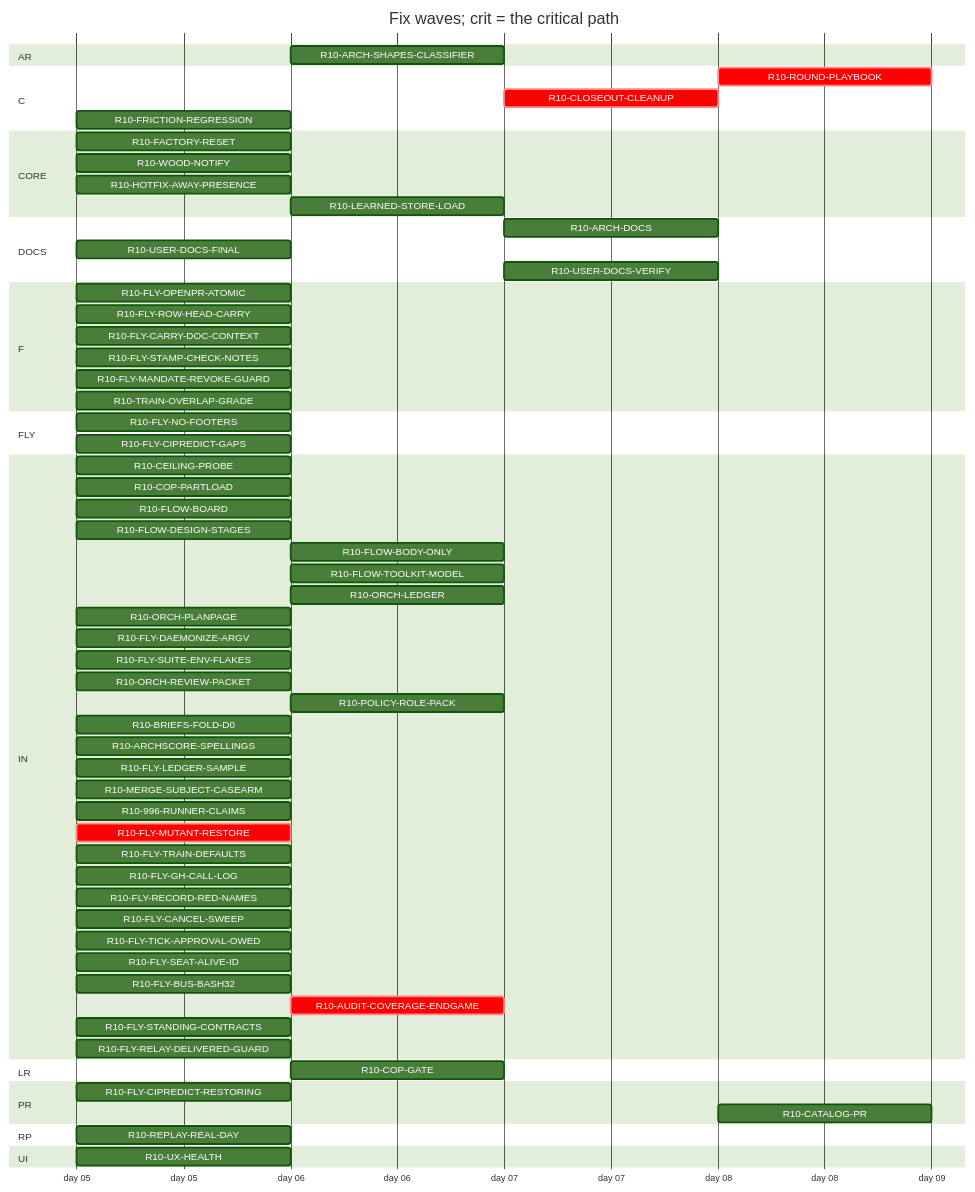
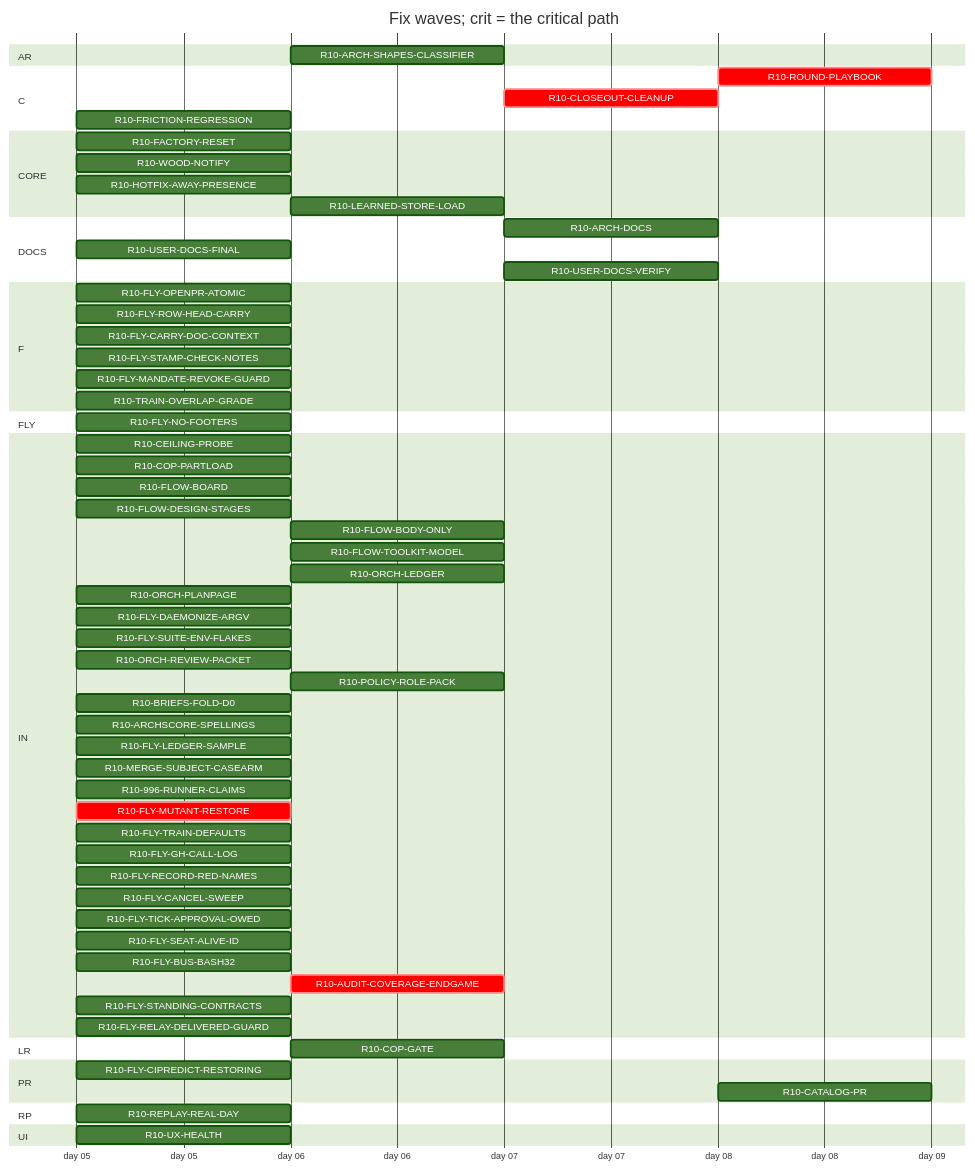
The diagram in handoff/round10/state/PLAN-TABLE.md (tvofi/heatpump_optimizer), drawn with Mermaid (forest theme) before and after one commit. The commit also changed other lines of this file and 3 other files, not shown here.

Commit message:
state: FLOW-BOARD.md, NEXT-SESSION-PROMPT.md, PLAN-TABLE.md, RESUME-CURRENT.md regenerated (state_docs.py)

````diff
--- a/handoff/round10/state/PLAN-TABLE.md
+++ b/handoff/round10/state/PLAN-TABLE.md
@@ -24,69 +24,68 @@
 ```mermaid
 gantt
   title Fix waves; crit = the critical path
   dateFormat YYYY-MM-DD
   axisFormat day %d
   section AR
     R10-ARCH-SHAPES-CLASSIFIER :r10ARCHSHAPESCLASSIFIER, after r10996RUNNERCLAIMS, 1d
   section C
     R10-ROUND-PLAYBOOK :crit, r10ROUNDPLAYBOOK, after r10ORCHLEDGER r10ORCHPLANPAGE r10FLOWBODYONLY r10AUDITCOVERAGEENDGAME r10FLOWDESIGNSTAGES r10FLOWTOOLKITMODEL r10TRAINOVERLAPGRADE r10FLYTRAINDEFAULTS r10FLYCANCELSWEEP r10POLICYROLEPACK r10ORCHREVIEWPACKET r10FLOWBOARD r10CLOSEOUTCLEANUP, 1d
     R10-CLOSEOUT-CLEANUP :crit, r10CLOSEOUTCLEANUP, after r10AUDITCOVERAGEENDGAME, 1d
     R10-FRICTION-REGRESSION :r10FRICTIONREGRESSION, 2026-01-05, 1d
   section CORE
     R10-FACTORY-RESET :r10FACTORYRESET, 2026-01-05, 1d
     R10-WOOD-NOTIFY :r10WOODNOTIFY, 2026-01-05, 1d
     R10-HOTFIX-AWAY-PRESENCE :r10HOTFIXAWAYPRESENCE, 2026-01-05, 1d
     R10-LEARNED-STORE-LOAD :r10LEARNEDSTORELOAD, after r10FACTORYRESET, 1d
   section DOCS
     R10-ARCH-DOCS :r10ARCHDOCS, after r10COPGATE r10UXHEALTH r10CEILINGPROBE r10COPPARTLOAD r10FLOWBOARD r10FLOWDESIGNSTAGES r10FLOWBODYONLY r10FLYOPENPRATOMIC r10FLYROWHEADCARRY r10FLYCARRYDOCCONTEXT r10FLOWTOOLKITMODEL r10FLYSTAMPCHECKNOTES r10FLYMANDATEREVOKEGUARD r10TRAINOVERLAPGRADE r10FLYSUITEENVFLAKES r10ORCHLEDGER r10ORCHPLANPAGE r10FLYDAEMONIZEARGV r10ORCHREVIEWPACKET r10POLICYROLEPACK r10BRIEFSFOLDD0 r10REPLAYREALDAY r10ARCHSCORESPELLINGS r10FLYLEDGERSAMPLE, 1d
     R10-USER-DOCS-FINAL :r10USERDOCSFINAL, 2026-01-05, 1d
     R10-USER-DOCS-VERIFY :r10USERDOCSVERIFY, after r10COPGATE r10UXHEALTH r10CEILINGPROBE r10COPPARTLOAD r10FACTORYRESET r10WOODNOTIFY r10USERDOCSFINAL r10ARCHSHAPESCLASSIFIER r10HOTFIXAWAYPRESENCE, 1d
   section F
     R10-FLY-OPENPR-ATOMIC :r10FLYOPENPRATOMIC, 2026-01-05, 1d
     R10-FLY-ROW-HEAD-CARRY :r10FLYROWHEADCARRY, 2026-01-05, 1d
     R10-FLY-CARRY-DOC-CONTEXT :r10FLYCARRYDOCCONTEXT, 2026-01-05, 1d
     R10-FLY-STAMP-CHECK-NOTES :r10FLYSTAMPCHECKNOTES, 2026-01-05, 1d
     R10-FLY-MANDATE-REVOKE-GUARD :r10FLYMANDATEREVOKEGUARD, 2026-01-05, 1d
     R10-TRAIN-OVERLAP-GRADE :r10TRAINOVERLAPGRADE, 2026-01-05, 1d
   section FLY
     R10-FLY-NO-FOOTERS :r10FLYNOFOOTERS, 2026-01-05, 1d
-    R10-FLY-CIPREDICT-GAPS :r10FLYCIPREDICTGAPS, 2026-01-05, 1d
   section IN
     R10-CEILING-PROBE :r10CEILINGPROBE, 2026-01-05, 1d
     R10-COP-PARTLOAD :r10COPPARTLOAD, 2026-01-05, 1d
     R10-FLOW-BOARD :r10FLOWBOARD, 2026-01-05, 1d
     R10-FLOW-DESIGN-STAGES :r10FLOWDESIGNSTAGES, 2026-01-05, 1d
     R10-FLOW-BODY-ONLY :r10FLOWBODYONLY, after r10FLYOPENPRATOMIC, 1d
     R10-FLOW-TOOLKIT-MODEL :r10FLOWTOOLKITMODEL, after r10ORCHPLANPAGE r10FLYCANCELSWEEP, 1d
     R10-ORCH-LEDGER :r10ORCHLEDGER, after r10FLYCANCELSWEEP, 1d
     R10-ORCH-PLANPAGE :r10ORCHPLANPAGE, 2026-01-05, 1d
     R10-FLY-DAEMONIZE-ARGV :r10FLYDAEMONIZEARGV, 2026-01-05, 1d
     R10-FLY-SUITE-ENV-FLAKES :r10FLYSUITEENVFLAKES, 2026-01-05, 1d
     R10-ORCH-REVIEW-PACKET :r10ORCHREVIEWPACKET, 2026-01-05, 1d
     R10-POLICY-ROLE-PACK :r10POLICYROLEPACK, after r10FLOWDESIGNSTAGES, 1d
     R10-BRIEFS-FOLD-D0 :r10BRIEFSFOLDD0, 2026-01-05, 1d
     R10-ARCHSCORE-SPELLINGS :r10ARCHSCORESPELLINGS, 2026-01-05, 1d
     R10-FLY-LEDGER-SAMPLE :r10FLYLEDGERSAMPLE, 2026-01-05, 1d
     R10-MERGE-SUBJECT-CASEARM :r10MERGESUBJECTCASEARM, 2026-01-05, 1d
     R10-996-RUNNER-CLAIMS :r10996RUNNERCLAIMS, 2026-01-05, 1d
     R10-FLY-MUTANT-RESTORE :crit, r10FLYMUTANTRESTORE, 2026-01-05, 1d
     R10-FLY-TRAIN-DEFAULTS :r10FLYTRAINDEFAULTS, 2026-01-05, 1d
     R10-FLY-GH-CALL-LOG :r10FLYGHCALLLOG, 2026-01-05, 1d
     R10-FLY-RECORD-RED-NAMES :r10FLYRECORDREDNAMES, 2026-01-05, 1d
     R10-FLY-CANCEL-SWEEP :r10FLYCANCELSWEEP, 2026-01-05, 1d
     R10-FLY-TICK-APPROVAL-OWED :r10FLYTICKAPPROVALOWED, 2026-01-05, 1d
     R10-FLY-SEAT-ALIVE-ID :r10FLYSEATALIVEID, 2026-01-05, 1d
     R10-FLY-BUS-BASH32 :r10FLYBUSBASH32, 2026-01-05, 1d
     R10-AUDIT-COVERAGE-ENDGAME :crit, r10AUDITCOVERAGEENDGAME, after r10FLYMUTANTRESTORE r10996RUNNERCLAIMS, 1d
     R10-FLY-STANDING-CONTRACTS :r10FLYSTANDINGCONTRACTS, 2026-01-05, 1d
     R10-FLY-RELAY-DELIVERED-GUARD :r10FLYRELAYDELIVEREDGUARD, 2026-01-05, 1d
   section LR
     R10-COP-GATE :r10COPGATE, after r10CEILINGPROBE, 1d
   section PR
     R10-FLY-CIPREDICT-RESTORING :r10FLYCIPREDICTRESTORING, 2026-01-05, 1d
     R10-CATALOG-PR :r10CATALOGPR, after r10USERDOCSVERIFY r10AUDITCOVERAGEENDGAME, 1d
   section RP
     R10-REPLAY-REAL-DAY :r10REPLAYREALDAY, 2026-01-05, 1d
   section UI
     R10-UX-HEALTH :r10UXHEALTH, 2026-01-05, 1d
 ```
````
